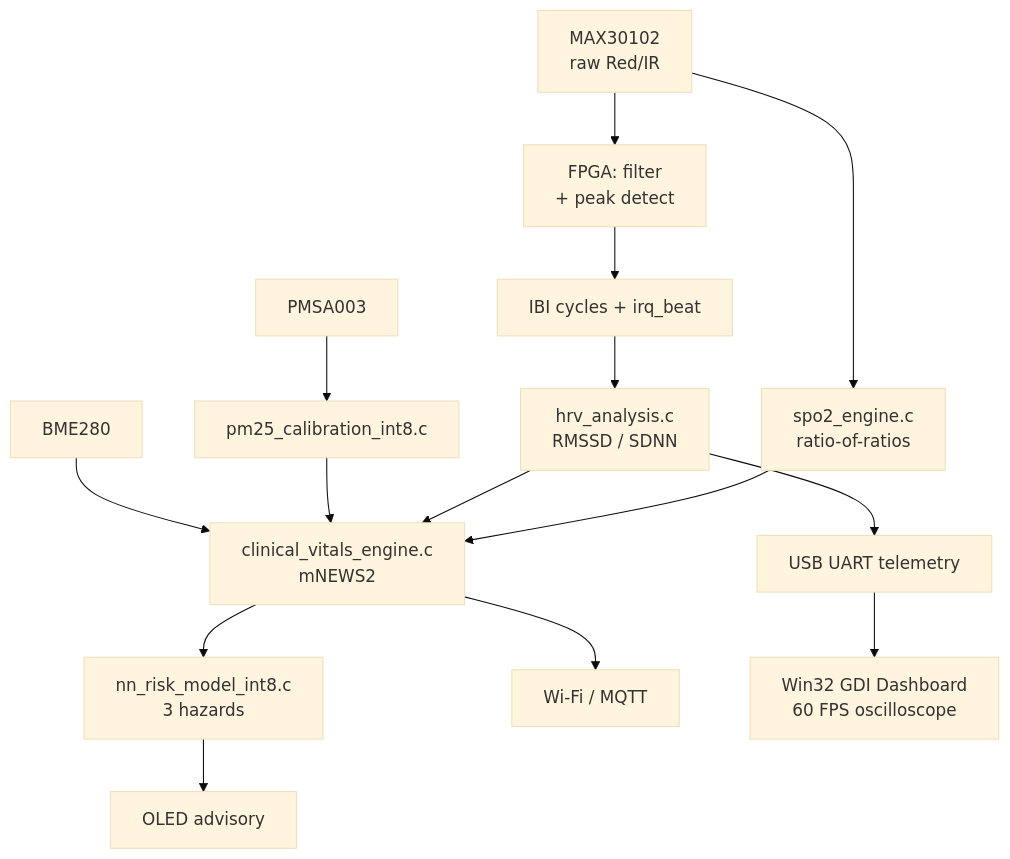
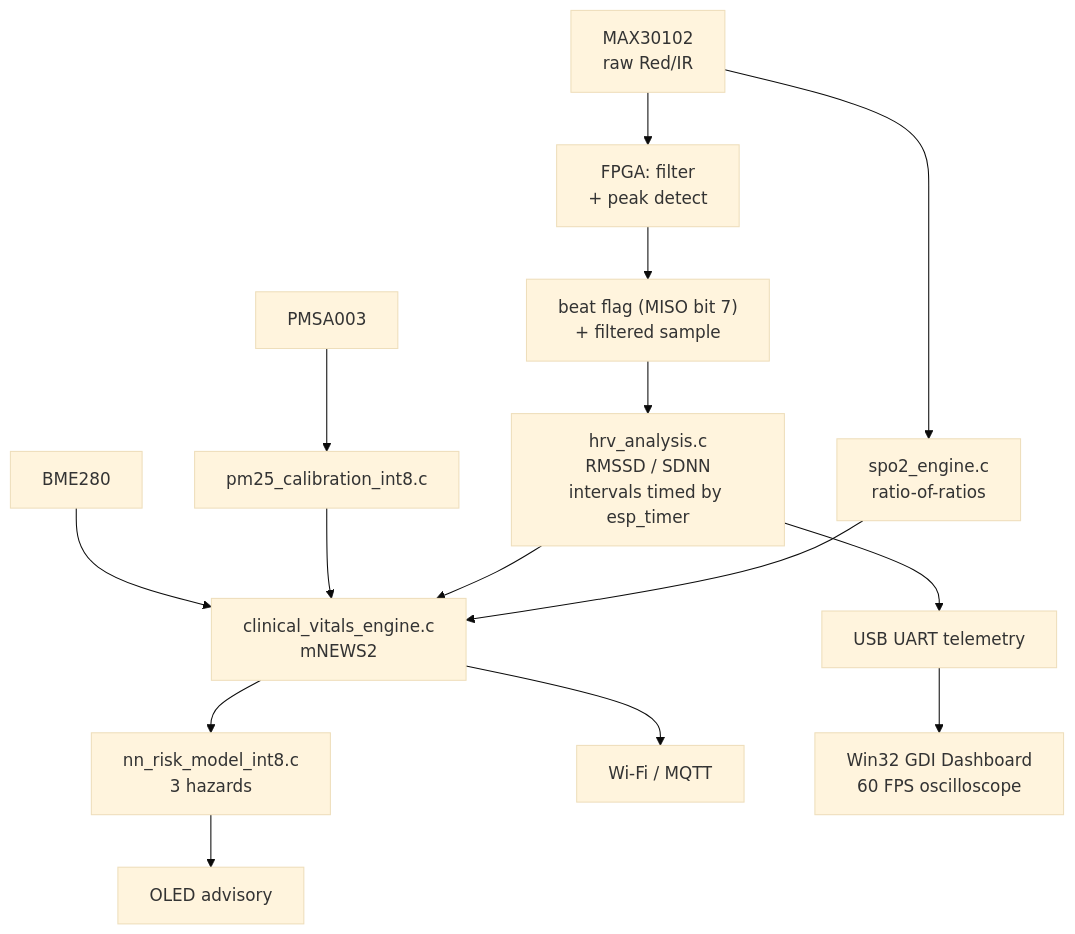
One commit to novafang23/FPGA-Accelerated-Personal-Health-Companion-Edge-Disaster-Monitor changed the second of 2 diagrams in docs/MASTER_PROJECT_GUIDE.md. Above: the diagram before and after it, drawn with Mermaid (base theme). The commit also changed other lines of this file and 4 other files, not shown here.

````diff
--- a/docs/MASTER_PROJECT_GUIDE.md
+++ b/docs/MASTER_PROJECT_GUIDE.md
@@ -714,17 +745,17 @@
 ```mermaid
 flowchart TD
     A[MAX30102<br/>raw Red/IR] --> B[FPGA: filter<br/>+ peak detect]
-    B --> C[IBI cycles + irq_beat]
-    C --> D[hrv_analysis.c<br/>RMSSD / SDNN]
+    B --> C["beat flag (MISO bit 7)<br/>+ filtered sample"]
+    C --> D[hrv_analysis.c<br/>RMSSD / SDNN<br/>intervals timed by esp_timer]
     A --> E[spo2_engine.c<br/>ratio-of-ratios]
     F[BME280] --> G[clinical_vitals_engine.c<br/>mNEWS2]
     H[PMSA003] --> I[pm25_calibration_int8.c]
     I --> G
     D --> G
     E --> G
     G --> J[nn_risk_model_int8.c<br/>3 hazards]
     J --> K[OLED advisory]
     D --> L[USB UART telemetry]
     G --> M[Wi-Fi / MQTT]
     L --> N[Win32 GDI Dashboard<br/>60 FPS oscilloscope]
 ```
````
